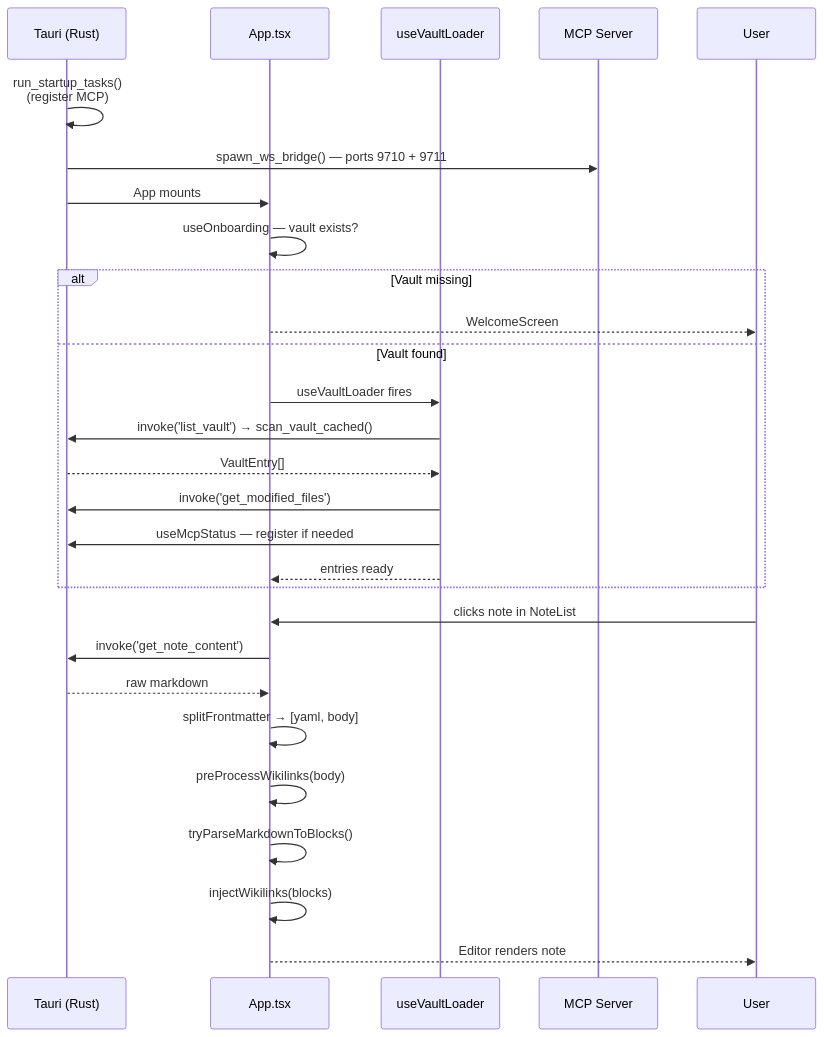
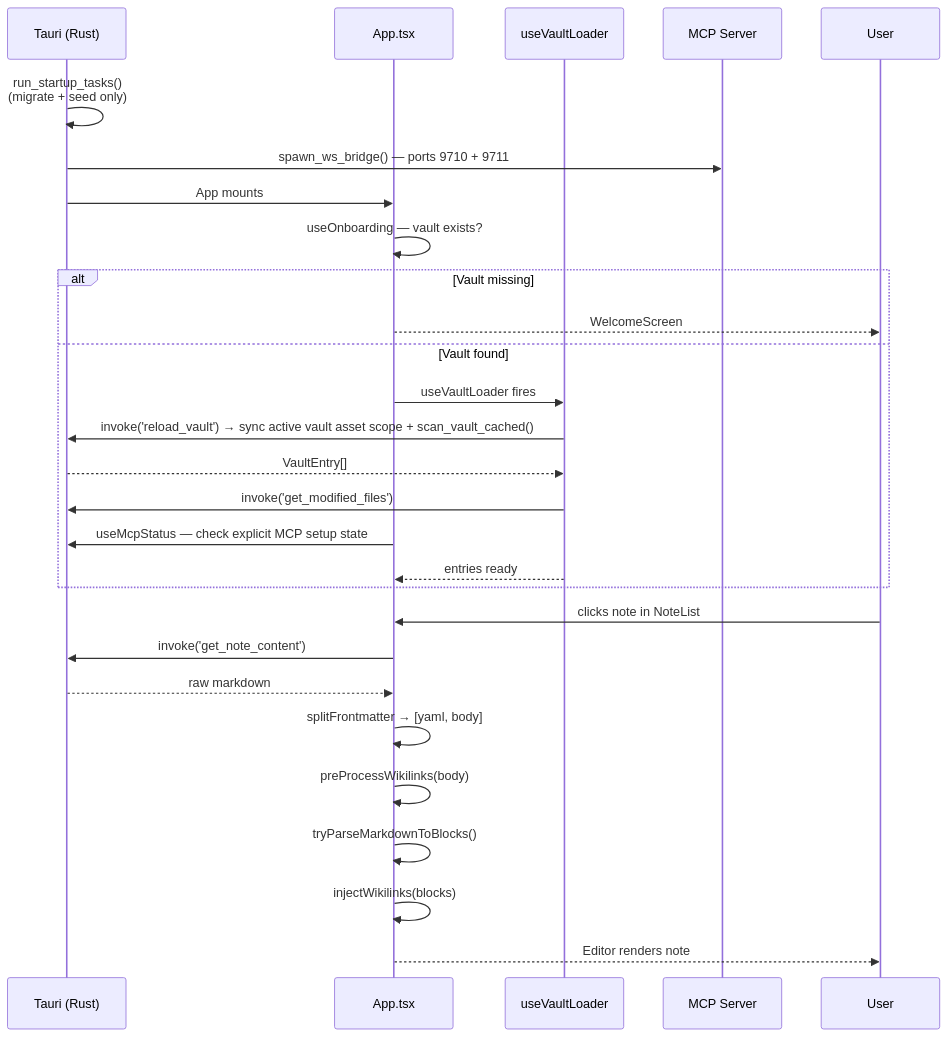
Before and after one commit to aimeritething/Fuwa: the seventh of 10 diagrams in docs/ARCHITECTURE.md, drawn with Mermaid. The commit also changed other lines of this file and 20 other files, not shown here.

````diff
--- a/docs/ARCHITECTURE.md
+++ b/docs/ARCHITECTURE.md
@@ -481,33 +482,33 @@
 ```mermaid
 sequenceDiagram
     participant T as Tauri (Rust)
     participant A as App.tsx
     participant VL as useVaultLoader
     participant MCP as MCP Server
     participant U as User
 
-    T->>T: run_startup_tasks()<br/>(register MCP)
+    T->>T: run_startup_tasks()<br/>(migrate + seed only)
     T->>MCP: spawn_ws_bridge() — ports 9710 + 9711
     T->>A: App mounts
 
     A->>A: useOnboarding — vault exists?
     alt Vault missing
         A-->>U: WelcomeScreen
     else Vault found
         A->>VL: useVaultLoader fires
-        VL->>T: invoke('list_vault') → scan_vault_cached()
+        VL->>T: invoke('reload_vault') → sync active vault asset scope + scan_vault_cached()
         T-->>VL: VaultEntry[]
         VL->>T: invoke('get_modified_files')
-        VL->>T: useMcpStatus — register if needed
+        A->>T: useMcpStatus — check explicit MCP setup state
         VL-->>A: entries ready
     end
 
     U->>A: clicks note in NoteList
     A->>T: invoke('get_note_content')
     T-->>A: raw markdown
     A->>A: splitFrontmatter → [yaml, body]
     A->>A: preProcessWikilinks(body)
     A->>A: tryParseMarkdownToBlocks()
     A->>A: injectWikilinks(blocks)
     A-->>U: Editor renders note
 ```
````
